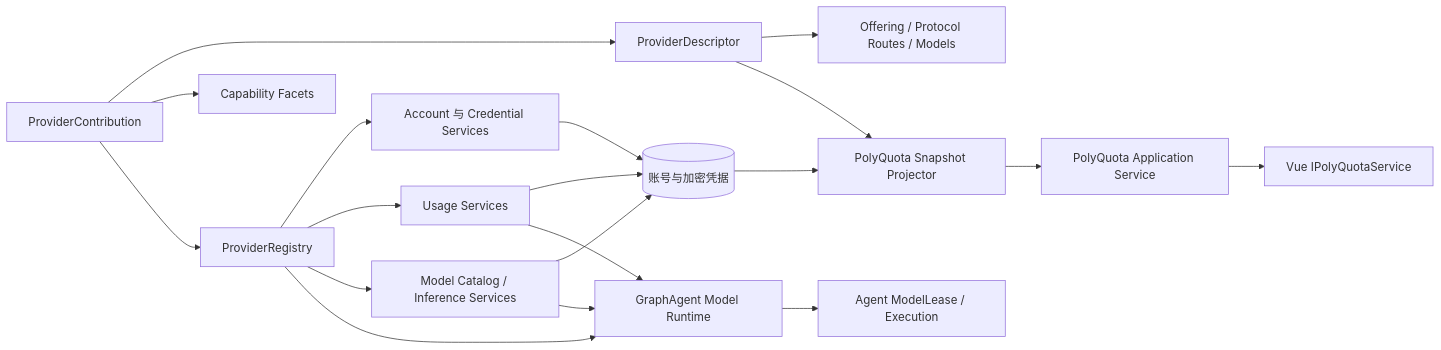
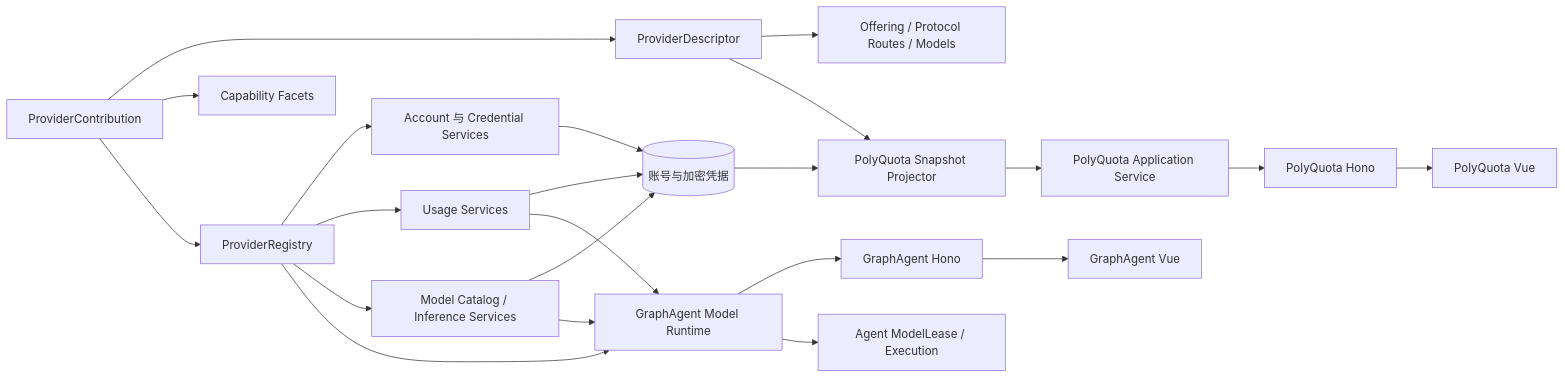
Before and after one commit to SwingCosmic/astra-conductor: the diagram in docs/common/core/cross-provider-service-protocol-design.md, drawn with Mermaid. The commit also changed other lines of this file and 28 other files, not shown here.

````diff
--- a/docs/common/core/cross-provider-service-protocol-design.md
+++ b/docs/common/core/cross-provider-service-protocol-design.md
@@ -146,21 +146,24 @@
 ```mermaid
 flowchart LR
   C[ProviderContribution] --> D[ProviderDescriptor]
   C --> F[Capability Facets]
   D --> O[Offering / Protocol Routes / Models]
   C --> G[ProviderRegistry]
   G --> A[Account 与 Credential Services]
   G --> U[Usage Services]
   G --> M[Model Catalog / Inference Services]
   A --> S[(账号与加密凭据)]
   U --> S
   M --> S
   S --> P[PolyQuota Snapshot Projector]
   D --> P
   P --> PE[PolyQuota Application Service]
   G --> GE[GraphAgent Model Runtime]
   U --> GE
   M --> GE
-  PE --> V[Vue IPolyQuotaService]
+  PE --> PH[PolyQuota Hono]
+  PH --> V[PolyQuota Vue]
+  GE --> GH[GraphAgent Hono]
+  GH --> GV[GraphAgent Vue]
   GE --> GA[Agent ModelLease / Execution]
 ```
````
